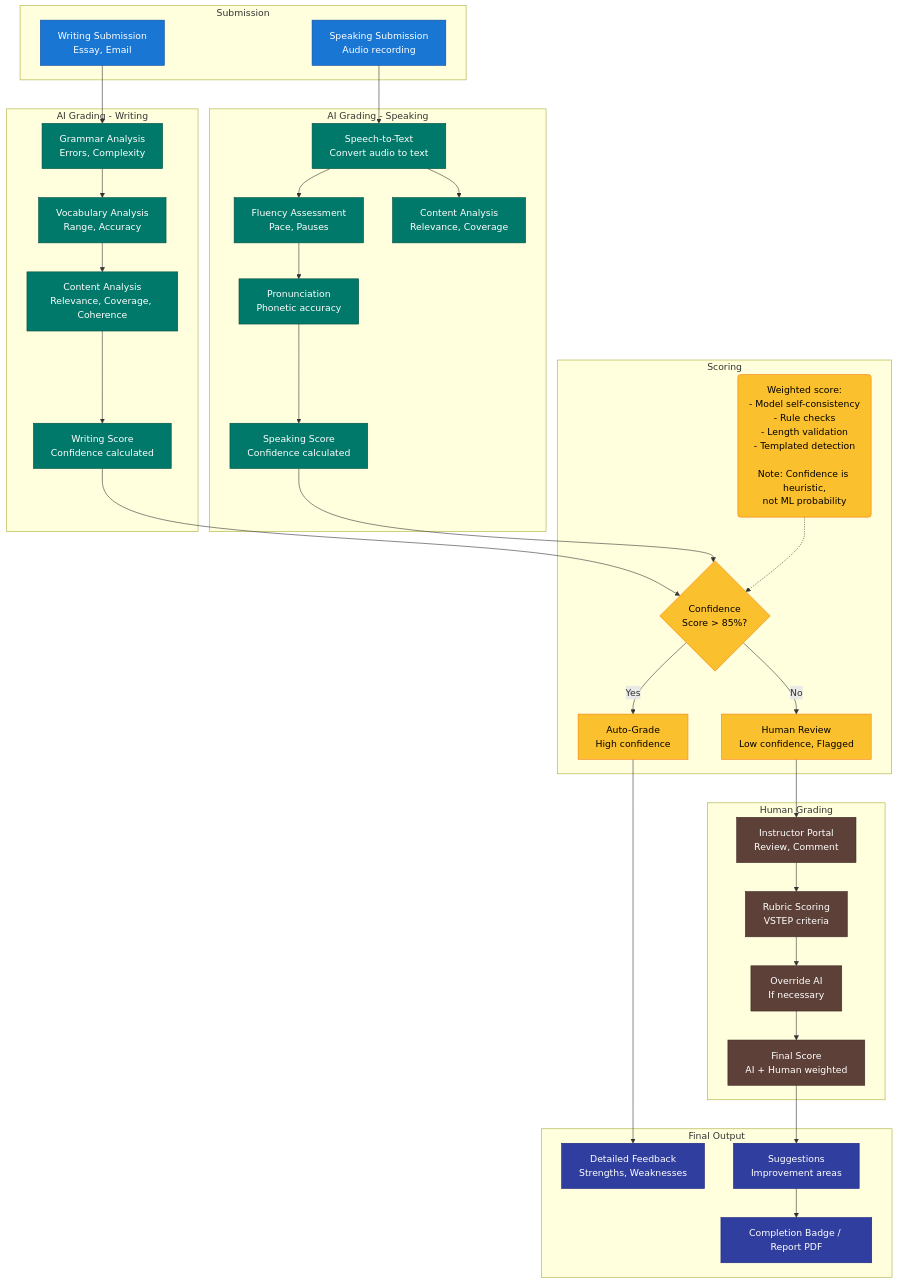
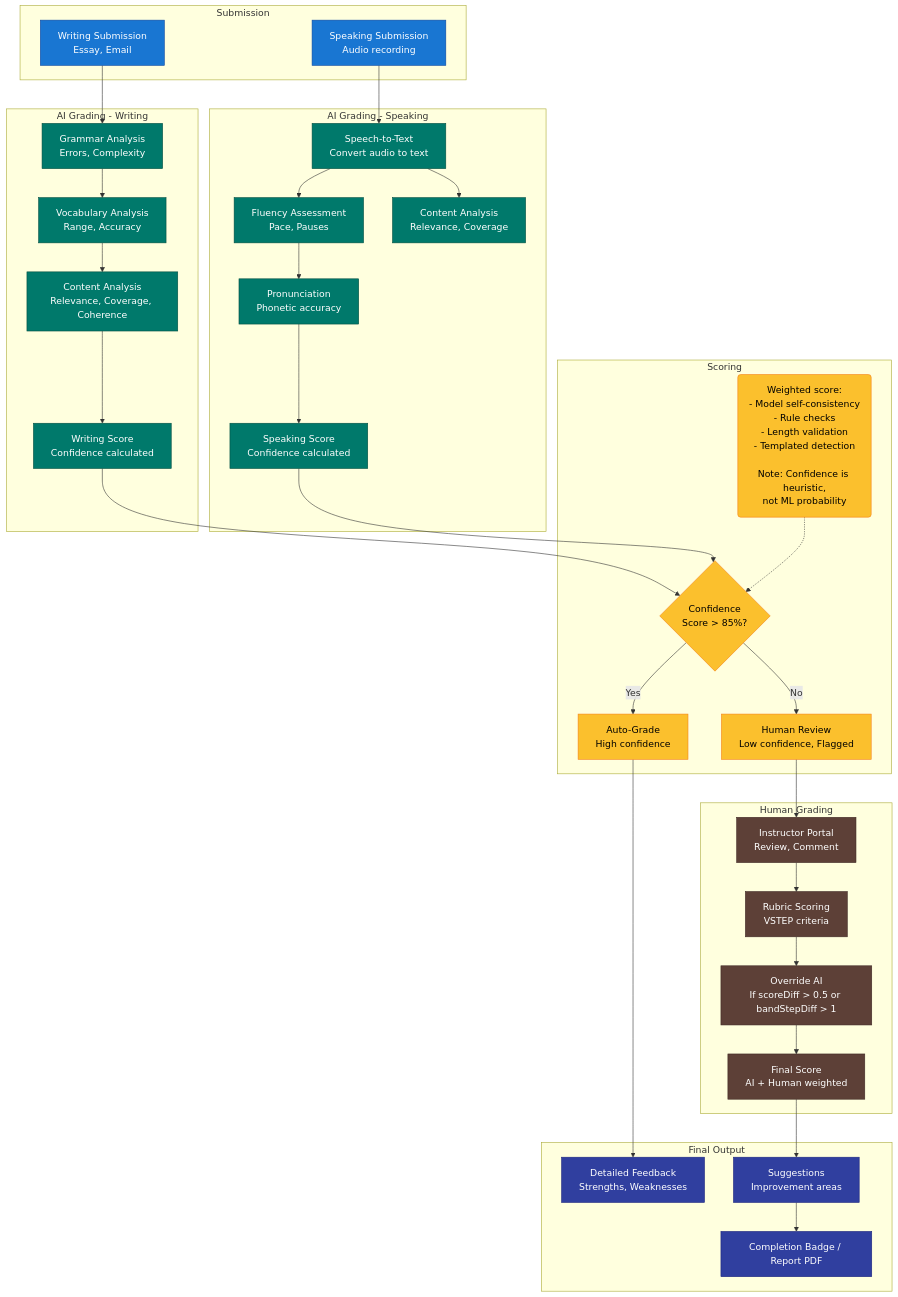
One commit to nghyane/VSTEP changed the sixth of 8 diagrams in docs/capstone/diagrams/flow-diagrams.md. Above: the diagram before and after it, drawn with Mermaid. The commit also changed other lines of this file and 25 other files, not shown here.

```diff
--- a/docs/capstone/diagrams/flow-diagrams.md
+++ b/docs/capstone/diagrams/flow-diagrams.md
@@ -442,7 +445,7 @@
     subgraph Human ["Human Grading"]
         Instructor["Instructor Portal<br/>Review, Comment"]
         Rubric["Rubric Scoring<br/>VSTEP criteria"]
-        Override["Override AI<br/>If necessary"]
+        Override["Override AI<br/>If scoreDiff > 0.5 or bandStepDiff > 1"]
         ScoreFinal["Final Score<br/>AI + Human weighted"]
     end
 
```
